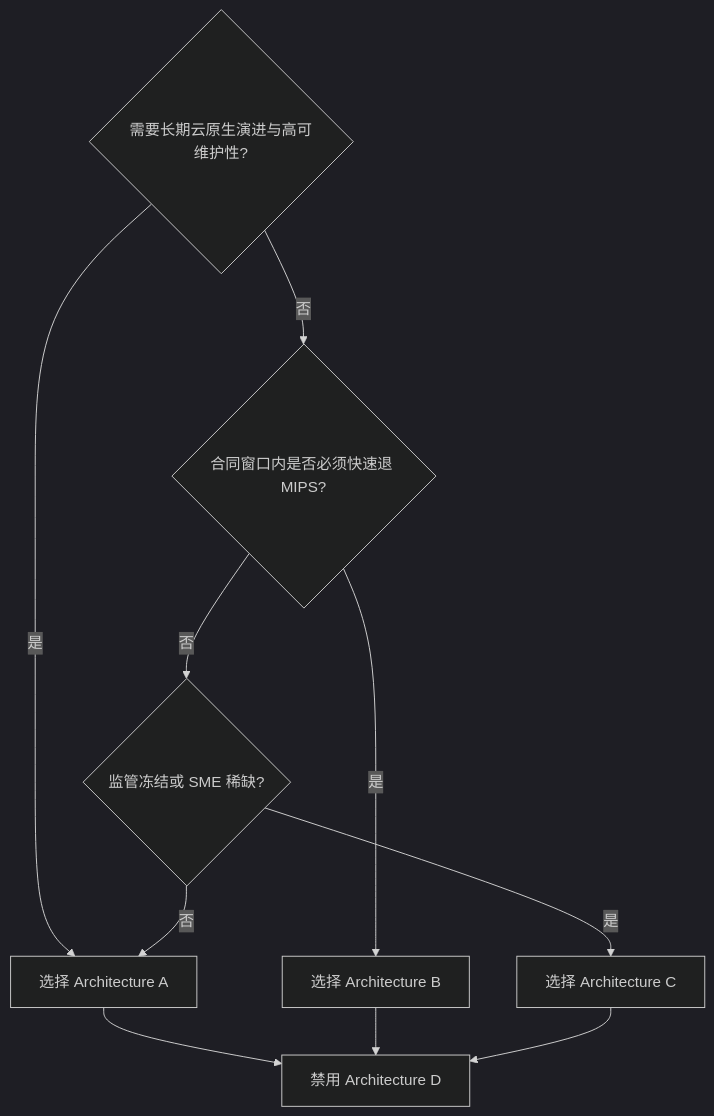
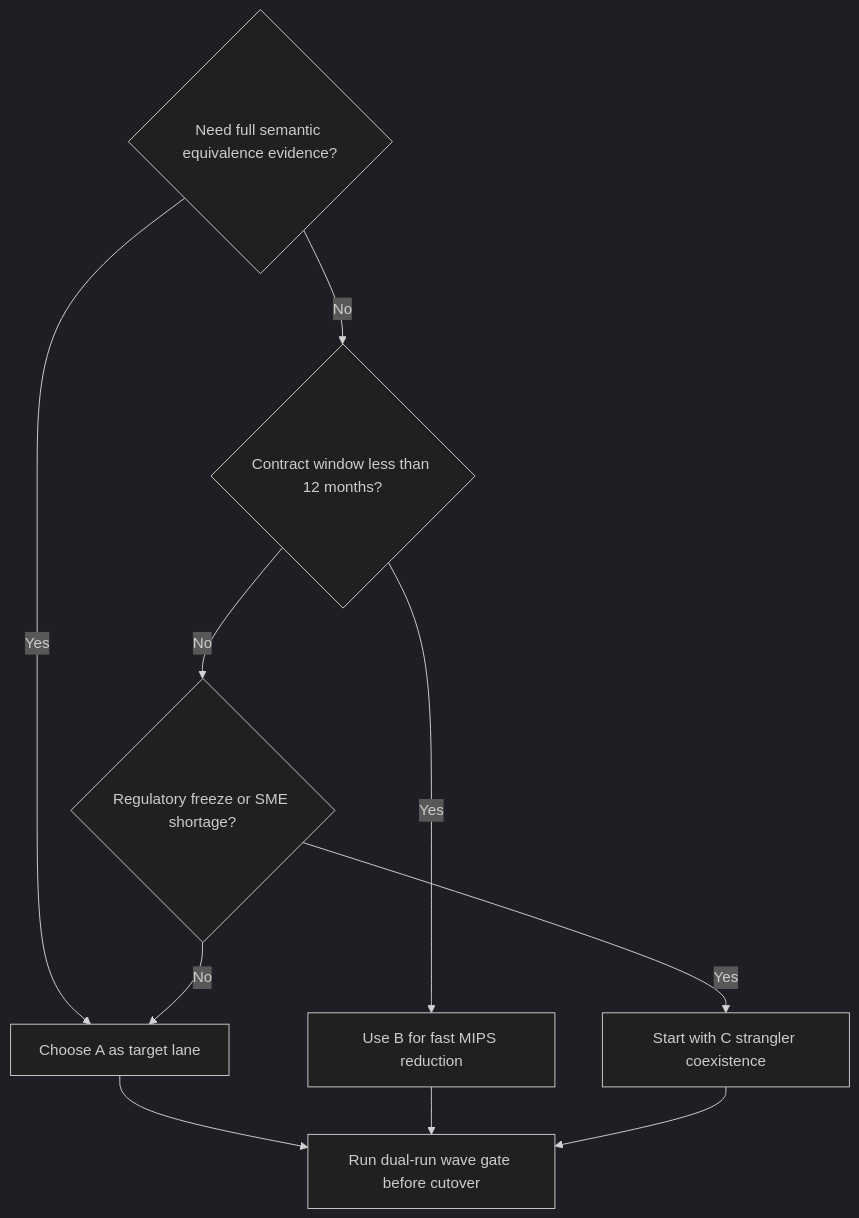
One commit to turbo998/ai-infra-lab changed the third of 3 diagrams in docs/azure-agent-infra/mainframe-cobol-jcl-modernization-spec-dual-run-vs-rehost-vs-strangler-selection-faq.md. Above: the diagram before and after it, drawn with Mermaid (dark theme). The commit also changed other lines of this file and 10 other files, not shown here.

````diff
--- a/docs/azure-agent-infra/mainframe-cobol-jcl-modernization-spec-dual-run-vs-rehost-vs-strangler-selection-faq.md
+++ b/docs/azure-agent-infra/mainframe-cobol-jcl-modernization-spec-dual-run-vs-rehost-vs-strangler-selection-faq.md
@@ -85,13 +154,13 @@
 ```mermaid
 flowchart TD
-  A{需要长期云原生演进与高可维护性?}
-  A -->|是| B[选择 Architecture A]
-  A -->|否| C{合同窗口内是否必须快速退 MIPS?}
-  C -->|是| D[选择 Architecture B]
-  C -->|否| E{监管冻结或 SME 稀缺?}
-  E -->|是| F[选择 Architecture C]
-  E -->|否| B
-  B --> G[禁用 Architecture D]
+  A{Need full semantic equivalence evidence?}
+  A -->|Yes| B[Choose A as target lane]
+  A -->|No| C{Contract window less than 12 months?}
+  C -->|Yes| D[Use B for fast MIPS reduction]
+  C -->|No| E{Regulatory freeze or SME shortage?}
+  E -->|Yes| F[Start with C strangler coexistence]
+  E -->|No| B
+  B --> G[Run dual-run wave gate before cutover]
   D --> G
   F --> G
 ```
````
